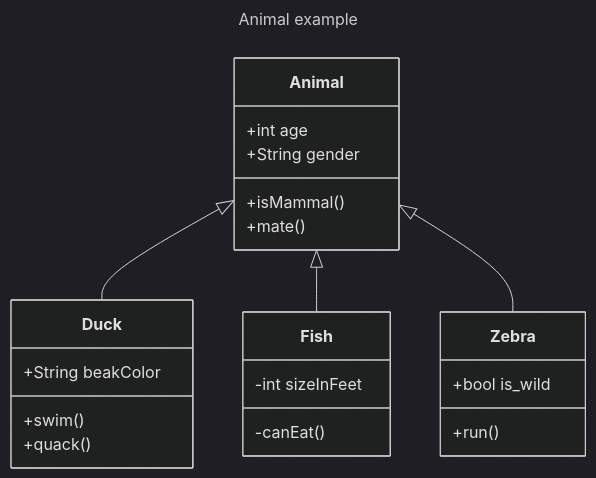
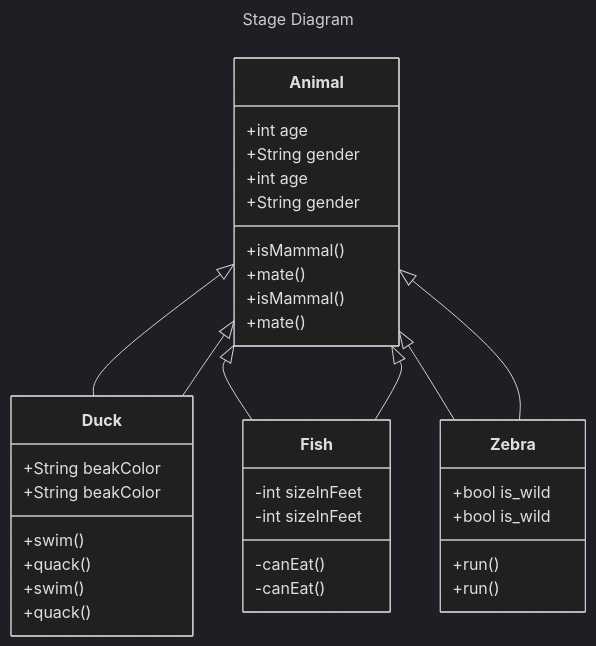
The diagram in README.md (librelab/gurukul), drawn with Mermaid (dark theme) before and after one commit.

````diff
--- a/README.md
+++ b/README.md
@@ -55,26 +55,47 @@
 ```mermaid
 ---
-title: Animal example
+title: Stage Diagram
 ---
 classDiagram
     Animal <|-- Duck
     Animal <|-- Fish
     Animal <|-- Zebra
     Animal : +int age
     Animal : +String gender
     Animal: +isMammal()
     Animal: +mate()
     class Duck{
       +String beakColor
       +swim()
       +quack()
     }
     class Fish{
       -int sizeInFeet
       -canEat()
     }
     class Zebra{
       +bool is_wild
       +run()
     }
+	
+	Animal <|-- Duck
+    Animal <|-- Fish
+    Animal <|-- Zebra
+    Animal : +int age
+    Animal : +String gender
+    Animal: +isMammal()
+    Animal: +mate()
+    class Duck{
+      +String beakColor
+      +swim()
+      +quack()
+    }
+    class Fish{
+      -int sizeInFeet
+      -canEat()
+    }
+    class Zebra{
+      +bool is_wild
+      +run()
+    }
 ```
````
